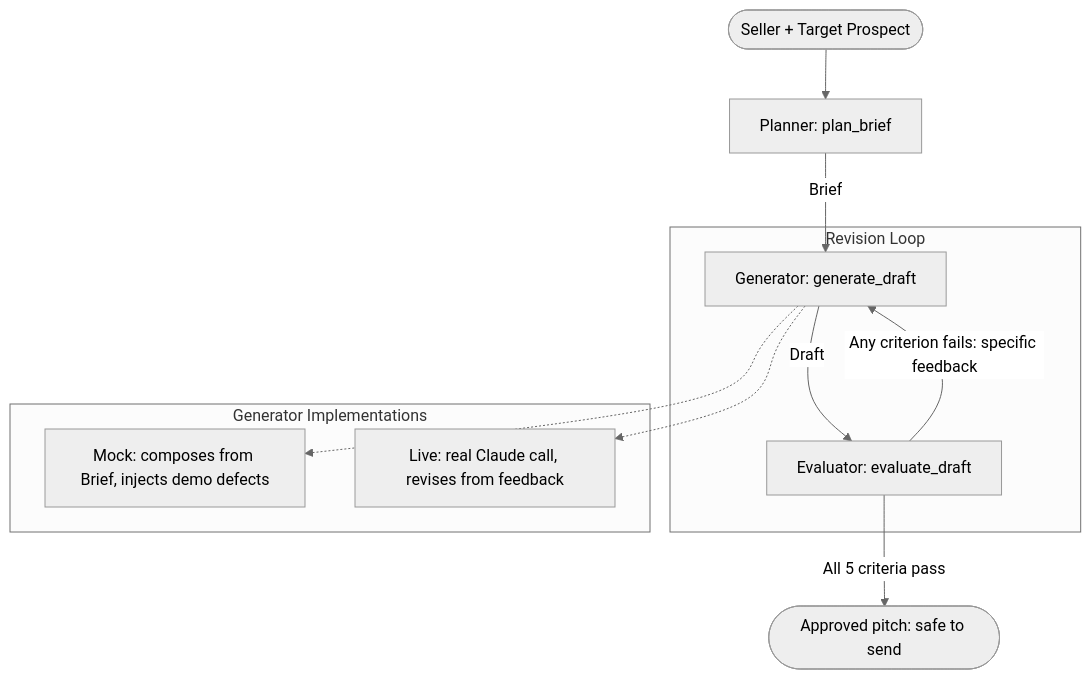
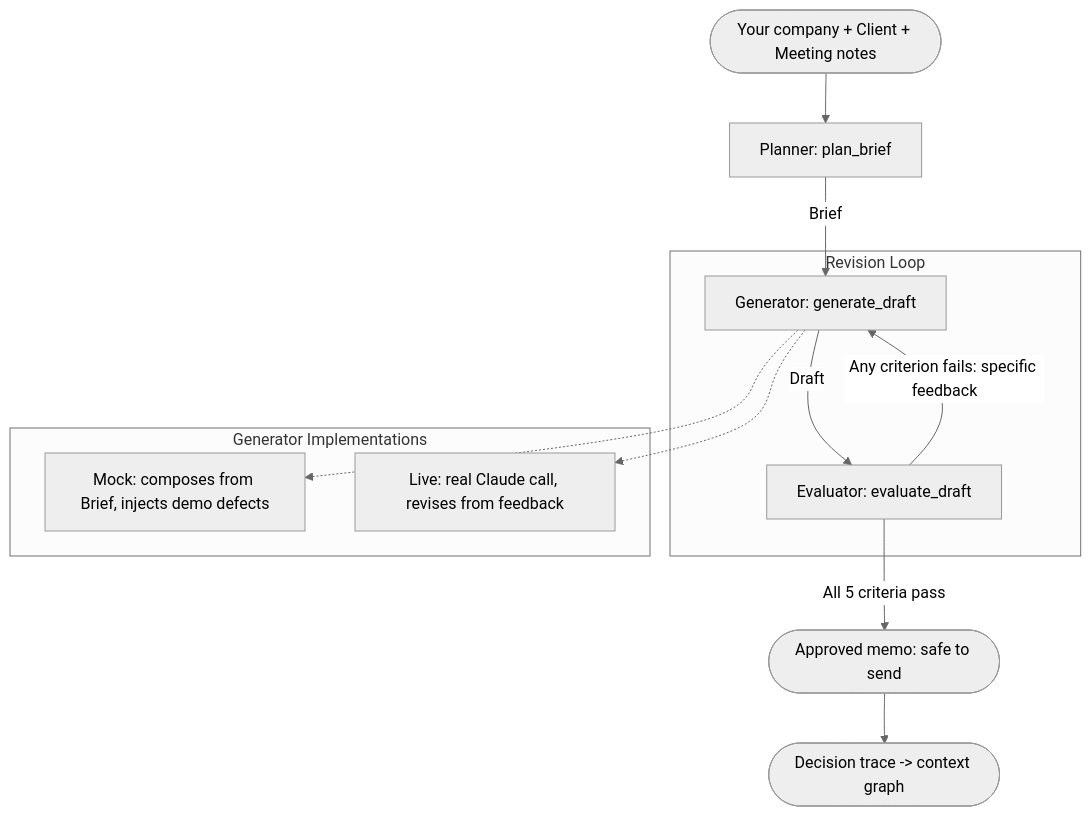
Before and after one commit to Kontinued/gtm_eval: the diagram in README.md, drawn with Mermaid (neutral theme). The commit also changed other lines of this file and 5 other files, not shown here.

First line of the commit message:
Retarget the pipeline to the post-meeting client memo

````diff
--- a/README.md
+++ b/README.md
@@ -37,18 +41,19 @@
 ```mermaid
 graph TD
-    Inputs([Seller + Target Prospect]) --> Planner[Planner: plan_brief]
+    Inputs([Your company + Client + Meeting notes]) --> Planner[Planner: plan_brief]
     Planner -->|Brief| Generator[Generator: generate_draft]
     Generator -->|Draft| Evaluator[Evaluator: evaluate_draft]
-    Evaluator -->|All 5 criteria pass| Final([Approved pitch: safe to send])
+    Evaluator -->|All 5 criteria pass| Final([Approved memo: safe to send])
+    Final --> Trace([Decision trace -> context graph])
 
     subgraph Revision Loop
         Evaluator -->|Any criterion fails: specific feedback| Generator
     end
 
     subgraph Generator Implementations
         Mock[Mock: composes from Brief, injects demo defects]
         Live[Live: real Claude call, revises from feedback]
     end
     Generator -.-> Mock
     Generator -.-> Live
 ```
````
